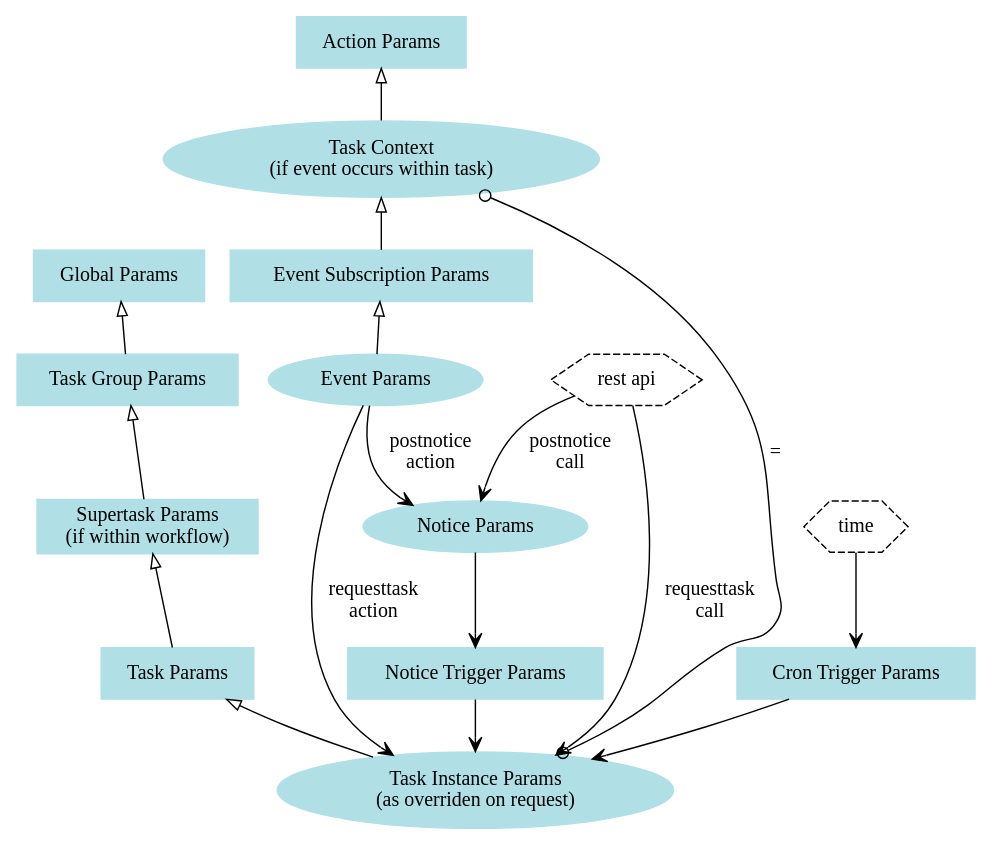
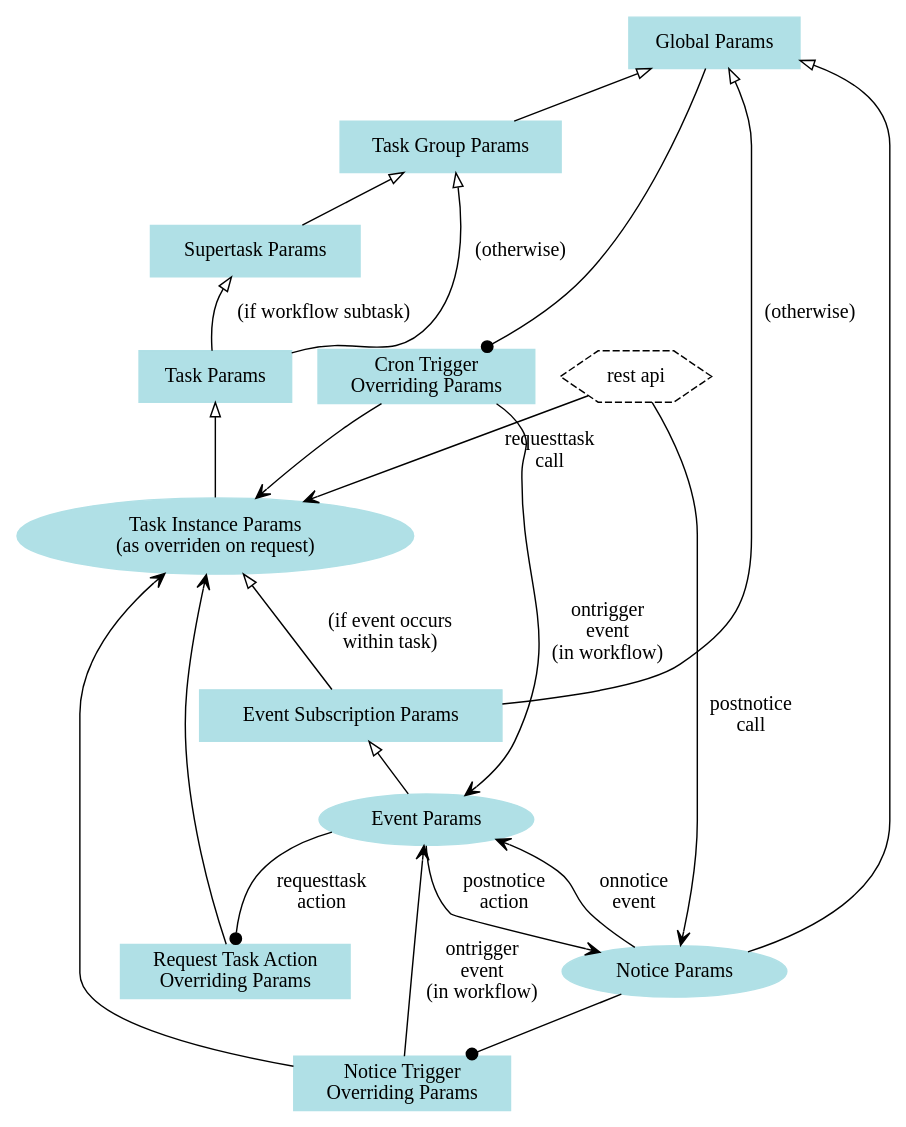
The diagram in doc/paramset_hierarchy.dot (g76r/qron), drawn with Graphviz before and after one commit. The commit also changed 2 other files, not shown here.

Commit message:
doc: better parameters inheritage hierarchy diagram, with caption

```diff
--- a/doc/paramset_hierarchy.dot
+++ b/doc/paramset_hierarchy.dot
@@ -1,47 +1,56 @@
 graph g {
-graph [remincross=true]
 
 // configuration objects carrying params
 node [shape=box,style=filled,color=powderblue]
 global [label="Global Params"]
-supertask [label="Supertask Params\n(if within workflow)"]
+supertask [label="Supertask Params"]
 taskgroup [label="Task Group Params"]
 task [label="Task Params"]
-action [label="Action Params"]
 eventsubscription [label="Event Subscription Params"]
-noticetrigger [label="Notice Trigger Params"]
-crontrigger [label="Cron Trigger Params"]
+noticetrigger [label="Notice Trigger\nOverriding Params"]
+crontrigger [label="Cron Trigger\nOverriding Params"]
+requesttaskaction [label="Request Task Action\nOverriding Params"]
 
 // runtime objects carrying params
 node [shape=ellipse]
 taskinstance [label="Task Instance Params\n(as overriden on request)"]
-taskcontext [label="Task Context\n(if event occurs within task)"]
 event [label="Event Params"]
 notice [label="Notice Params"]
 
 // actors
 node [shape=hexagon,style=dashed,color=""]
 restapi [label="REST API"]
-time [label="time"]
+//time [label="time"]
 
-// ParamSet inheritage in configuration
+// ParamSet inheritage (mostly in configuration)
 edge [dir=back,arrowtail=onormal]
-global -- taskgroup -- supertask -- task -- taskinstance
-action -- taskcontext -- eventsubscription -- event
+global -- taskgroup -- supertask
+supertask -- task [label="(if workflow subtask)"]
+taskgroup -- task [label="(otherwise)"]
+task -- taskinstance
+eventsubscription -- event
+taskinstance -- eventsubscription [label="(if event occurs\nwithin task)",weight=0]
+global -- eventsubscription [label="(otherwise)"]
+global -- notice
 
 // parameter injection at runtime
 edge [dir=forward,arrowhead=vee]
 crontrigger -- taskinstance
-notice -- noticetrigger
 noticetrigger -- taskinstance
 event -- notice [label="postnotice\naction"]
+notice -- event [label="onnotice\nevent"]
 restapi [label="rest api"]
 restapi -- notice [label="postnotice\ncall"]
-event -- taskinstance [label="requesttask\naction"]
+requesttaskaction -- taskinstance
 restapi -- taskinstance [label="requesttask\ncall"]
-time -- crontrigger
+//time -- crontrigger
+crontrigger -- event [label="ontrigger\nevent\n(in workflow)"]
+noticetrigger -- event [label="ontrigger\nevent\n(in workflow)"]
 
-// identity
-edge [dir=both,arrowhead=odot,arrowtail=odot,weight=0,label="="]
-taskcontext -- taskinstance
+// context for parameters evaluation
+edge [dir=forward,arrowhead=dot]
+notice -- noticetrigger
+global -- crontrigger
+event -- requesttaskaction [label="requesttask\naction"]
+
 }
```
